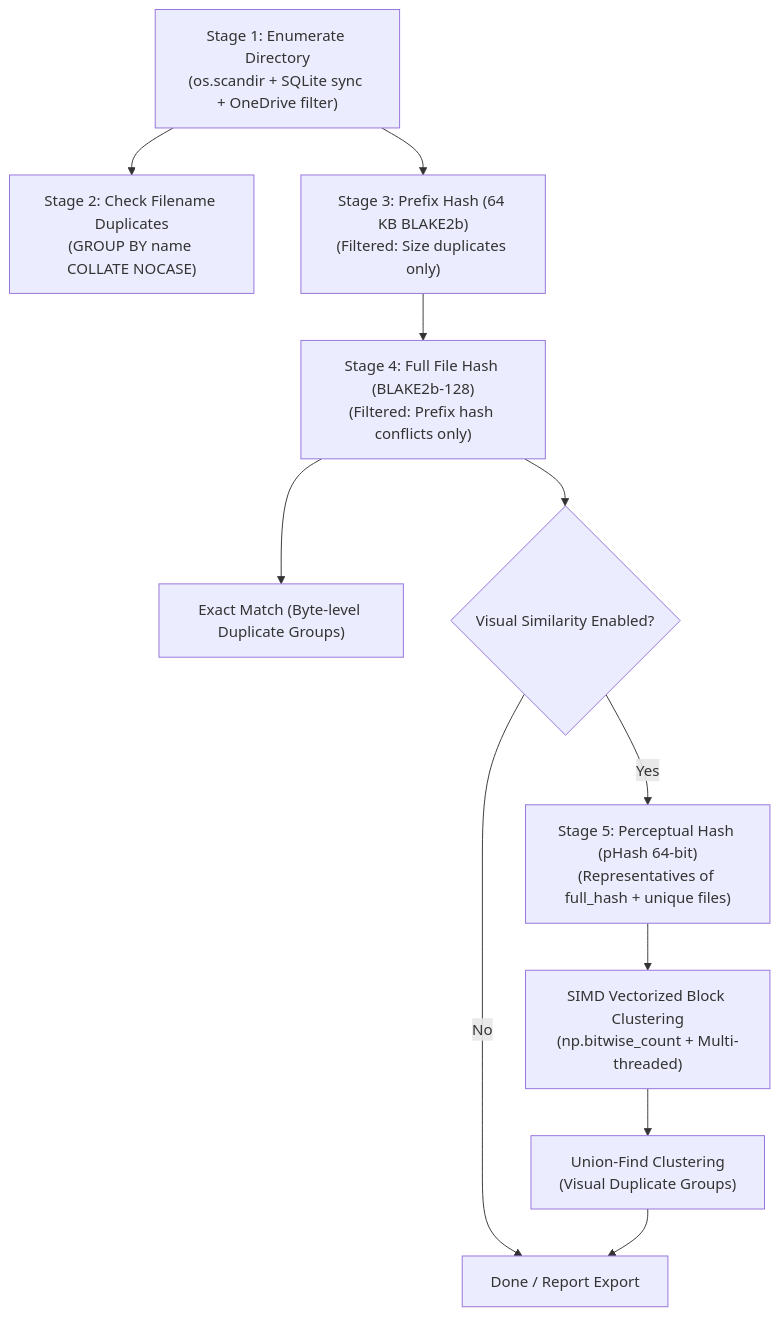
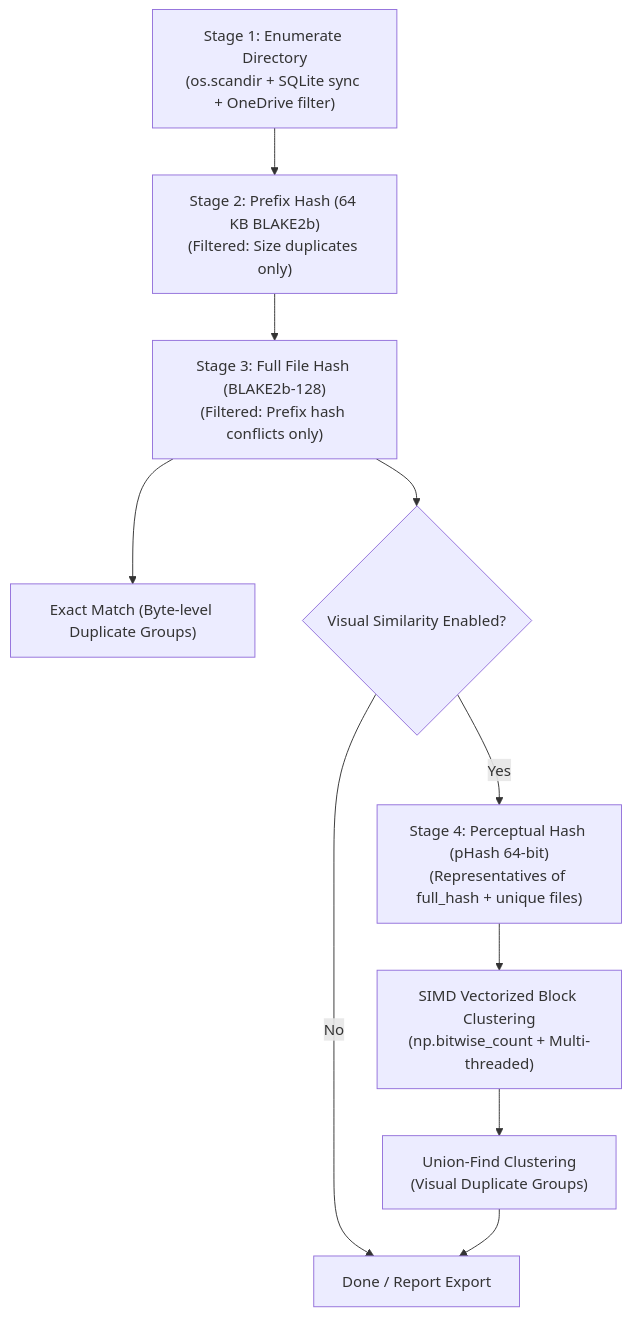
Before and after one commit to huangjag/duplicate_image_finder: the diagram in agent.md, drawn with Mermaid. The commit also changed other lines of this file and 1 other file, not shown here.

Commit message:
Remove Stage 2 filename duplicate detection and streamline to 4-stage funnel (Exact content + Visual similarity)

````diff
--- a/agent.md
+++ b/agent.md
@@ -54,13 +54,12 @@
 ```mermaid
 flowchart TD
-    A["Stage 1: Enumerate Directory<br/>(os.scandir + SQLite sync + OneDrive filter)"] --> B["Stage 2: Check Filename Duplicates<br/>(GROUP BY name COLLATE NOCASE)"]
-    A --> C["Stage 3: Prefix Hash (64 KB BLAKE2b)<br/>(Filtered: Size duplicates only)"]
-    C --> D["Stage 4: Full File Hash (BLAKE2b-128)<br/>(Filtered: Prefix hash conflicts only)"]
-    D --> E["Exact Match (Byte-level Duplicate Groups)"]
-    D --> F{"Visual Similarity Enabled?"}
-    F -->|Yes| G["Stage 5: Perceptual Hash (pHash 64-bit)<br/>(Representatives of full_hash + unique files)"]
-    G --> H["SIMD Vectorized Block Clustering<br/>(np.bitwise_count + Multi-threaded)"]
-    H --> I["Union-Find Clustering<br/>(Visual Duplicate Groups)"]
-    F -->|No| J["Done / Report Export"]
-    I --> J
+    A["Stage 1: Enumerate Directory<br/>(os.scandir + SQLite sync + OneDrive filter)"] --> B["Stage 2: Prefix Hash (64 KB BLAKE2b)<br/>(Filtered: Size duplicates only)"]
+    B --> C["Stage 3: Full File Hash (BLAKE2b-128)<br/>(Filtered: Prefix hash conflicts only)"]
+    C --> D["Exact Match (Byte-level Duplicate Groups)"]
+    C --> E{"Visual Similarity Enabled?"}
+    E -->|Yes| F["Stage 4: Perceptual Hash (pHash 64-bit)<br/>(Representatives of full_hash + unique files)"]
+    F --> G["SIMD Vectorized Block Clustering<br/>(np.bitwise_count + Multi-threaded)"]
+    G --> H["Union-Find Clustering<br/>(Visual Duplicate Groups)"]
+    E -->|No| I["Done / Report Export"]
+    H --> I
 ```
````
